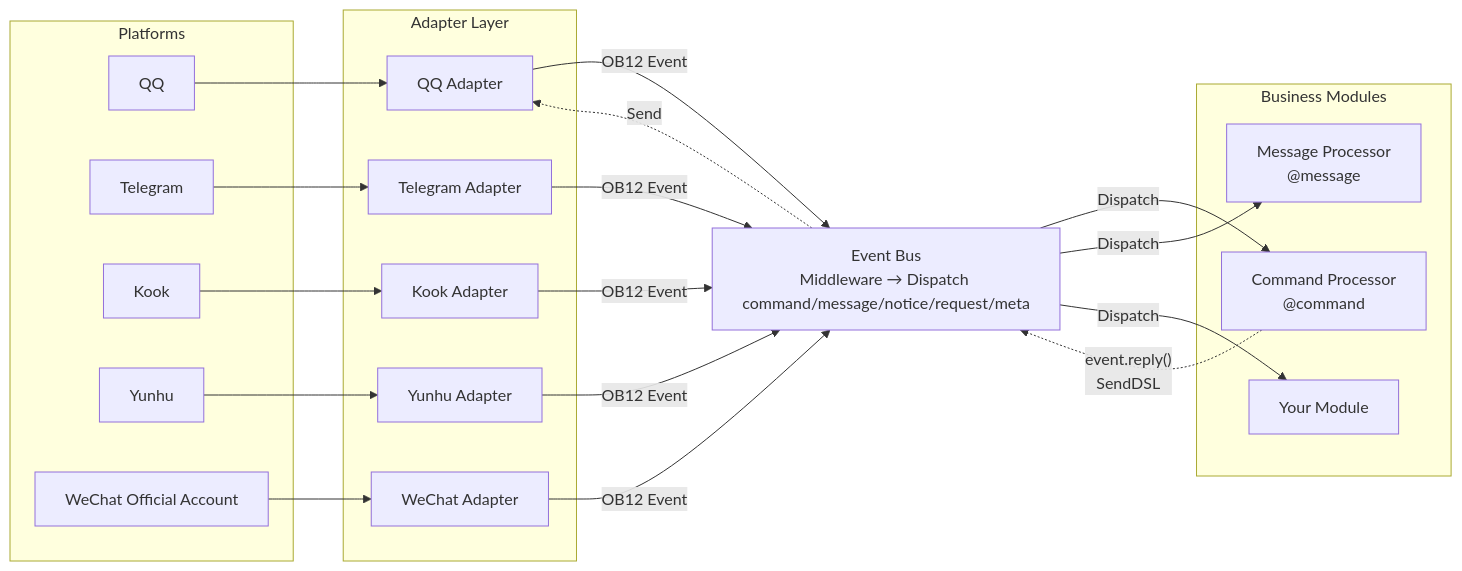
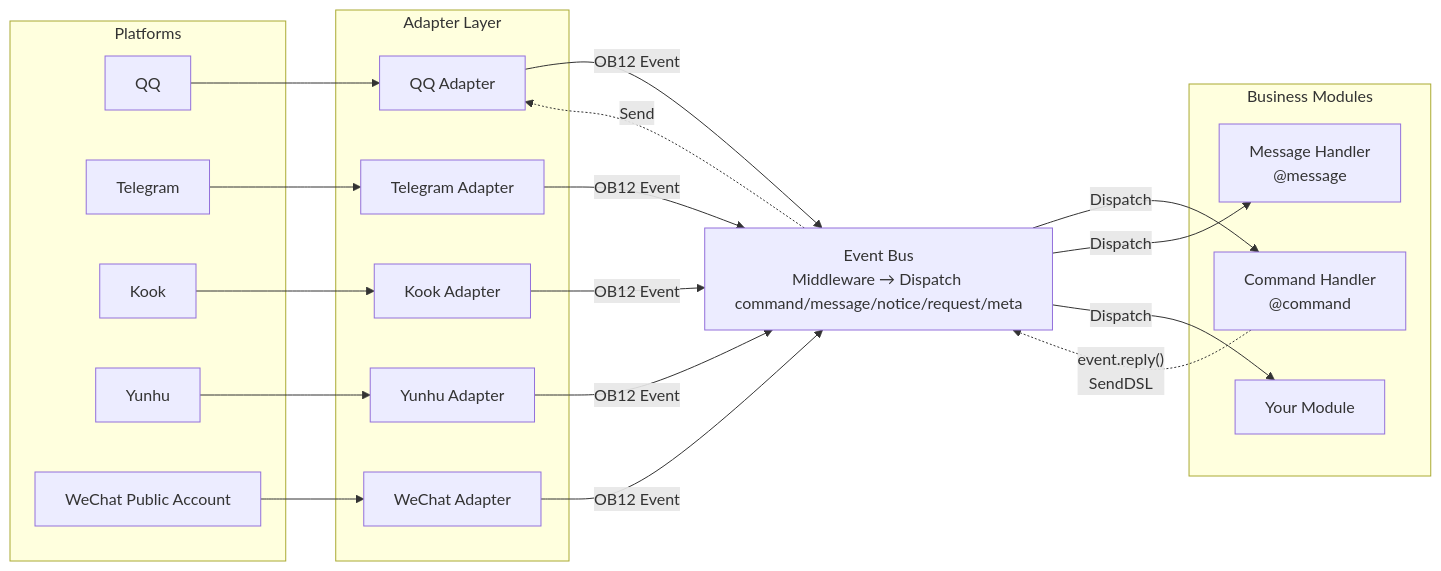
Before and after one commit to ErisPulse/ErisPulse: the first of 2 diagrams in README.md, drawn with Mermaid. The commit also changed other lines of this file and 622 other files, not shown here.

````diff
--- a/README.md
+++ b/README.md
@@ -154,45 +152,45 @@
 ```mermaid
 graph LR
     subgraph Platforms[Platforms]
         QQ["QQ"]
         TG["Telegram"]
         Kook["Kook"]
         YH["Yunhu"]
-        WX["WeChat Official Account"]
+        WX["WeChat Public Account"]
     end
 
     subgraph Adapters[Adapter Layer]
         A1["QQ Adapter"]
         A2["Telegram Adapter"]
         A3["Kook Adapter"]
         A4["Yunhu Adapter"]
         A5["WeChat Adapter"]
     end
 
     Event["Event Bus<br/>Middleware → Dispatch command/message/notice/request/meta"]
 
     subgraph Modules[Business Modules]
-        M1["Command Processor<br/>@command"]
-        M2["Message Processor<br/>@message"]
+        M1["Command Handler<br/>@command"]
+        M2["Message Handler<br/>@message"]
         M3["Your Module"]
     end
 
     QQ --> A1
     TG --> A2
     Kook --> A3
     YH --> A4
     WX --> A5
 
     A1 -->|"OB12 Event"| Event
     A2 -->|"OB12 Event"| Event
     A3 -->|"OB12 Event"| Event
     A4 -->|"OB12 Event"| Event
     A5 -->|"OB12 Event"| Event
 
     Event -->|"Dispatch"| M1
     Event -->|"Dispatch"| M2
     Event -->|"Dispatch"| M3
 
     M1 -.->|"event.reply()<br/>SendDSL"| Event
     Event -.->|"Send"| A1
 ```
````
